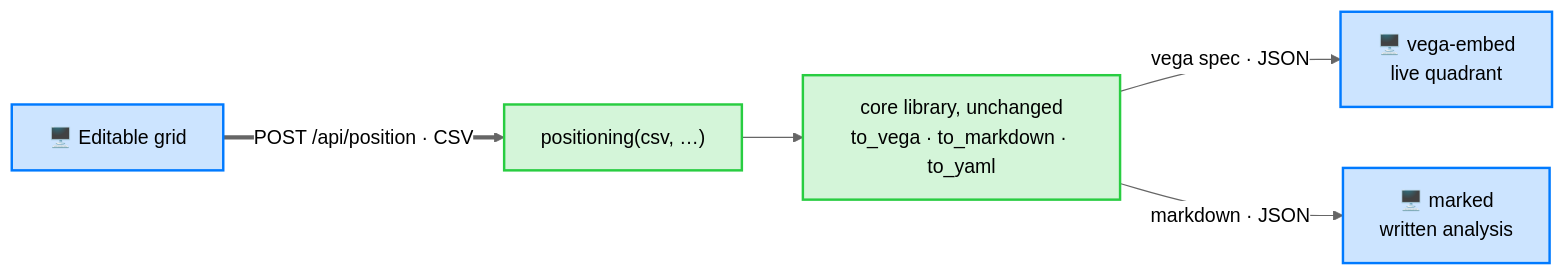
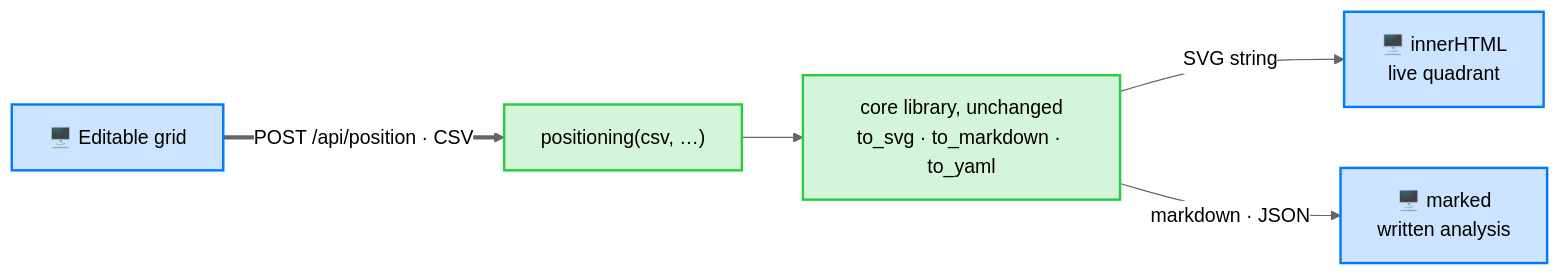
Before and after one commit to warith-harchaoui/standpoint: the diagram in GUI.md, drawn with Mermaid (neutral theme). The commit also changed other lines of this file and 60 other files, not shown here.

First line of the commit message:
No more Vega, anywhere: replace to_vega() with a hand-authored interactive SVG

````diff
--- a/GUI.md
+++ b/GUI.md
@@ -68,13 +72,13 @@
 ```mermaid
 flowchart LR
     grid["🖥️ Editable grid"] ==>|"POST /api/position · CSV"| pos["positioning(csv, …)"]
-    pos --> lib["core library, unchanged<br/>to_vega · to_markdown · to_yaml"]
-    lib -->|"vega spec · JSON"| embed["🖥️ vega-embed<br/>live quadrant"]
+    pos --> lib["core library, unchanged<br/>to_svg · to_markdown · to_yaml"]
+    lib -->|"SVG string"| embed["🖥️ innerHTML<br/>live quadrant"]
     lib -->|"markdown · JSON"| md["🖥️ marked<br/>written analysis"]
 
     %% "Good Colors" palette: https://harchaoui.org/warith/colors/
     classDef browser fill:#CCE4FF,stroke:#007AFF,color:#000000,stroke-width:2px;
     classDef server fill:#D4F5D9,stroke:#28CD41,color:#000000,stroke-width:2px;
     class grid,embed,md browser;
     class pos,lib server;
 ```
````
